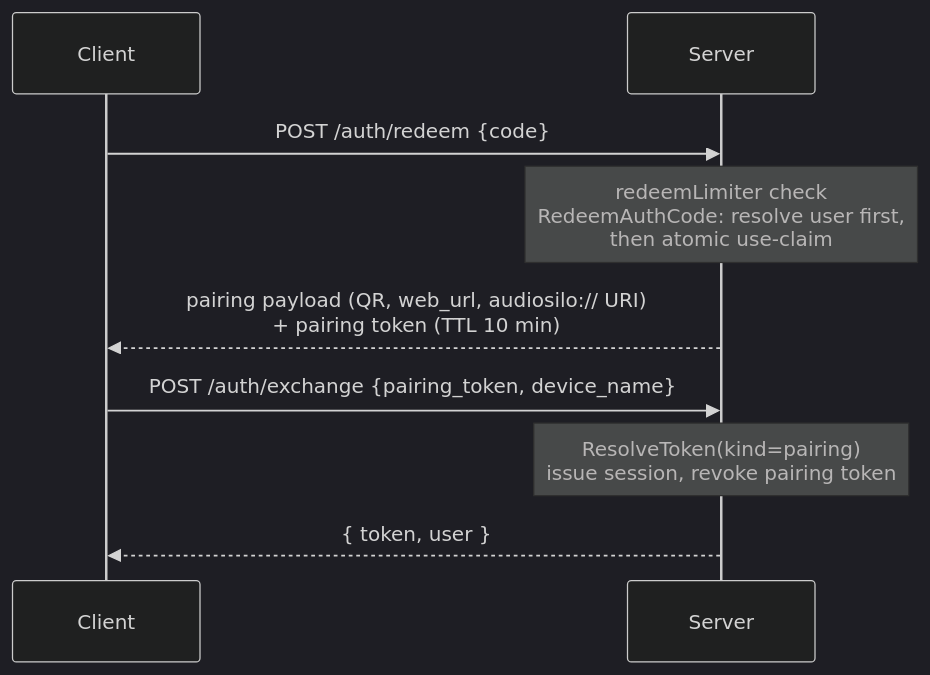
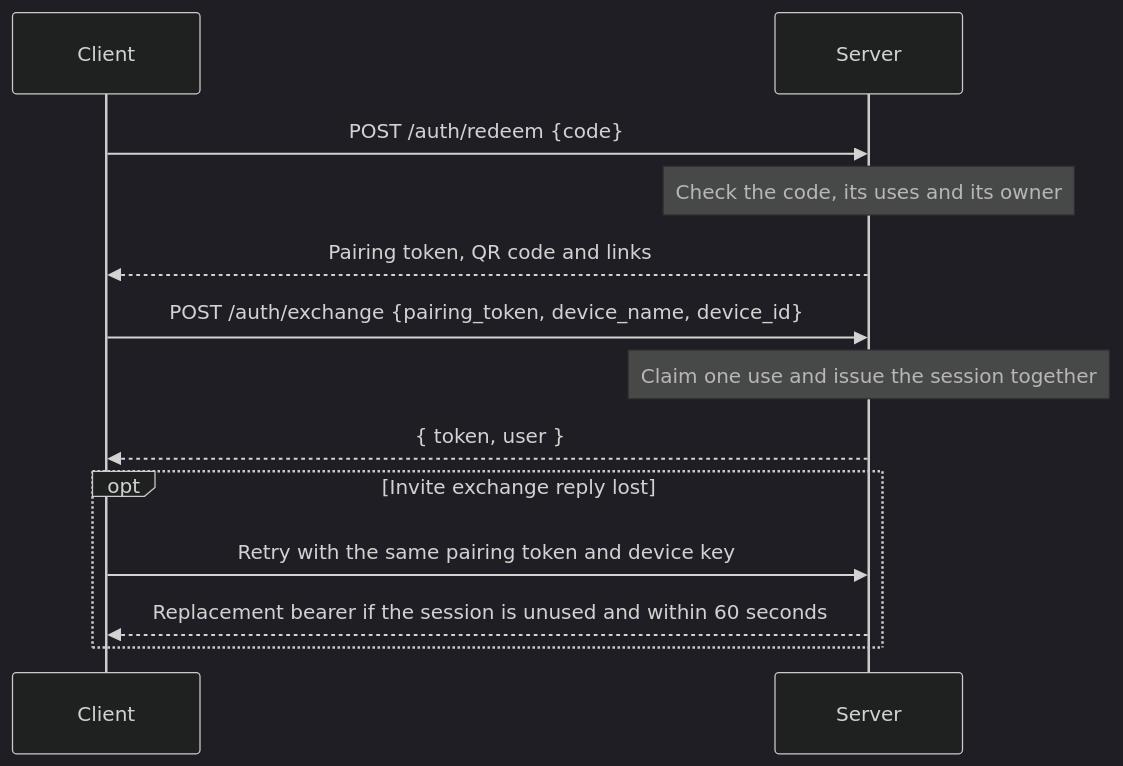
The diagram in docs-developers/server/auth-and-security.md (KodeStar/audiosilo-docs), drawn with Mermaid (dark theme) before and after one commit. The commit also changed other lines of this file and 10 other files, not shown here.

Commit message:
Document invite sign-in retries, device_id on the exchange and invite_used_by_this_device

````diff
--- a/docs-developers/server/auth-and-security.md
+++ b/docs-developers/server/auth-and-security.md
@@ -516,11 +521,15 @@
 ```mermaid
 sequenceDiagram
     participant C as Client
     participant S as Server
     C->>S: POST /auth/redeem {code}
-    Note over S: redeemLimiter check<br/>RedeemAuthCode: resolve user first,<br/>then atomic use-claim
-    S-->>C: pairing payload (QR, web_url, audiosilo:// URI)<br/>+ pairing token (TTL 10 min)
-    C->>S: POST /auth/exchange {pairing_token, device_name}
-    Note over S: ResolveToken(kind=pairing)<br/>issue session, revoke pairing token
+    Note over S: Check the code, its uses and its owner
+    S-->>C: Pairing token, QR code and links
+    C->>S: POST /auth/exchange {pairing_token, device_name, device_id}
+    Note over S: Claim one use and issue the session together
     S-->>C: { token, user }
+    opt Invite exchange reply lost
+        C->>S: Retry with the same pairing token and device key
+        S-->>C: Replacement bearer if the session is unused and within 60 seconds
+    end
 ```
````
